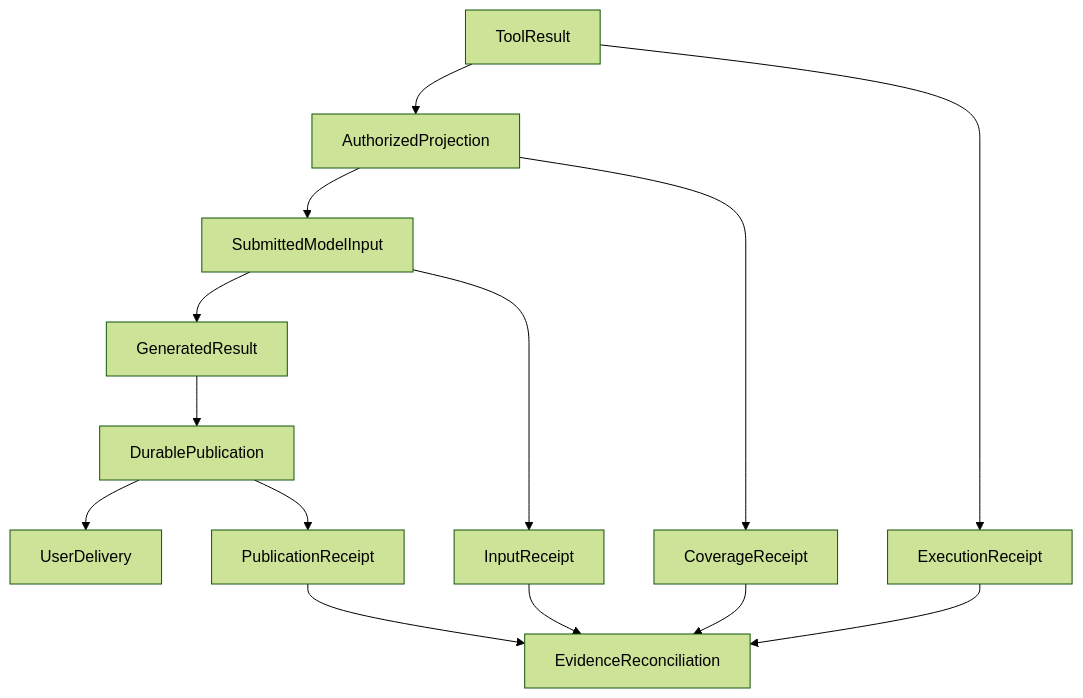
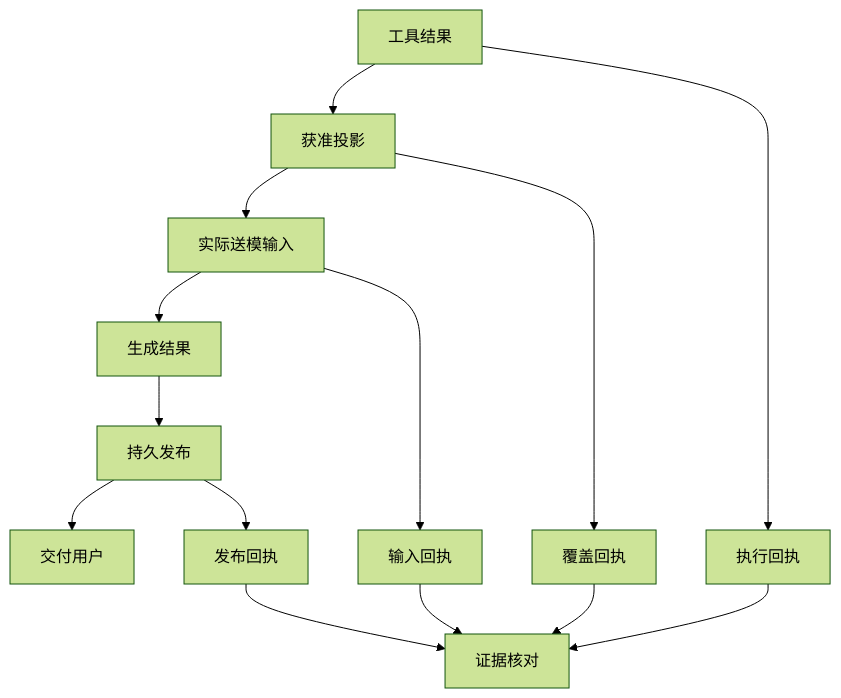
The diagram in articles/local-improvement-is-not-system-progress.md (hpoenixf/eff-agent-article), drawn with Mermaid (forest theme) before and after one commit. The commit also changed 52 other files, not shown here.

Commit message:
docs: localize diagrams and clarify flagship guides

````diff
--- a/articles/local-improvement-is-not-system-progress.md
+++ b/articles/local-improvement-is-not-system-progress.md
@@ -91,16 +91,16 @@
 ```mermaid
 graph TD
-ToolResult --> AuthorizedProjection
-AuthorizedProjection --> SubmittedModelInput
-SubmittedModelInput --> GeneratedResult
-GeneratedResult --> DurablePublication
-DurablePublication --> UserDelivery
-ToolResult --> ExecutionReceipt
-AuthorizedProjection --> CoverageReceipt
-SubmittedModelInput --> InputReceipt
-DurablePublication --> PublicationReceipt
-ExecutionReceipt --> EvidenceReconciliation
+ToolResult["工具结果"] --> AuthorizedProjection["获准投影"]
+AuthorizedProjection --> SubmittedModelInput["实际送模输入"]
+SubmittedModelInput --> GeneratedResult["生成结果"]
+GeneratedResult --> DurablePublication["持久发布"]
+DurablePublication --> UserDelivery["交付用户"]
+ToolResult --> ExecutionReceipt["执行回执"]
+AuthorizedProjection --> CoverageReceipt["覆盖回执"]
+SubmittedModelInput --> InputReceipt["输入回执"]
+DurablePublication --> PublicationReceipt["发布回执"]
+ExecutionReceipt --> EvidenceReconciliation["证据核对"]
 CoverageReceipt --> EvidenceReconciliation
 InputReceipt --> EvidenceReconciliation
 PublicationReceipt --> EvidenceReconciliation
 ```
````
